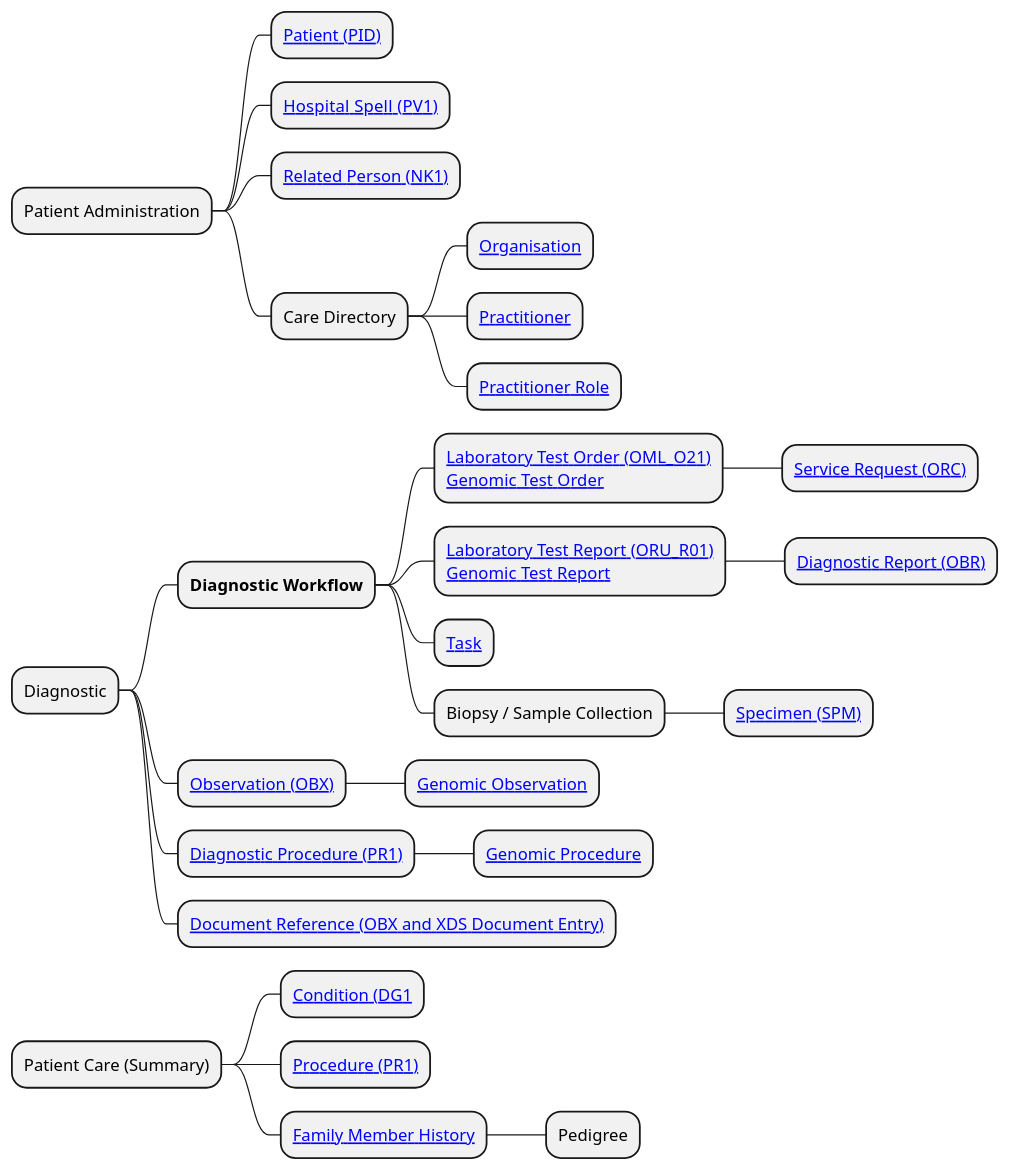
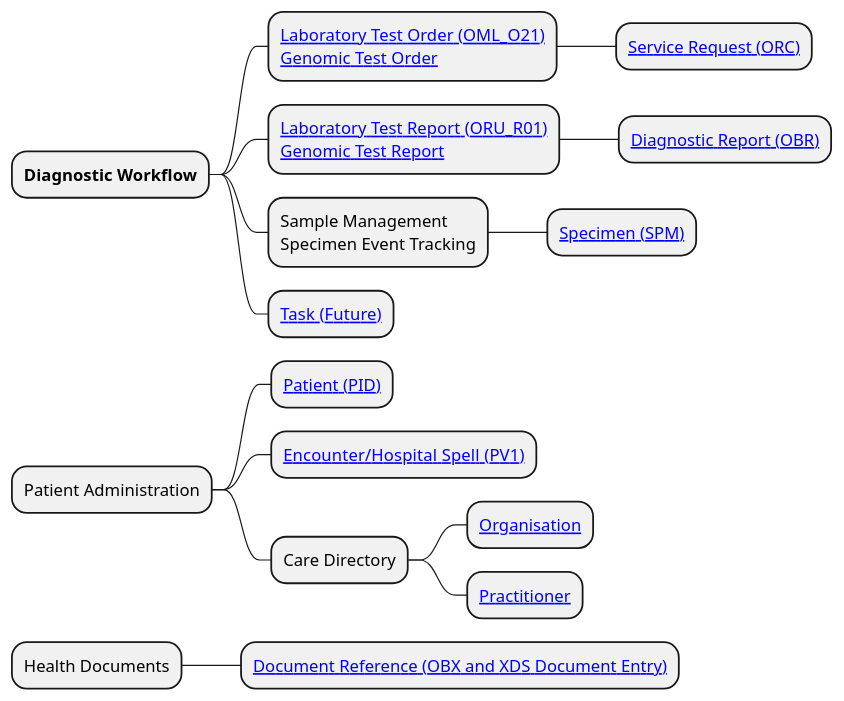
The diagram in input/images-source/Diagnostic-Workflow-mindmap.plantuml (uk-gov-mirror/nw-gmsa.nw-gmsa.github.com), drawn with PlantUML before and after one commit. The commit also changed 4 other files, not shown here.

```diff
--- a/input/images-source/Diagnostic-Workflow-mindmap.plantuml
+++ b/input/images-source/Diagnostic-Workflow-mindmap.plantuml
@@ -1,31 +1,21 @@
 @startmindmap
 
+
+*  <b>Diagnostic Workflow</b>
+** [[Questionnaire-GenomicTestOrder.html Laboratory Test Order (OML_O21)\nGenomic Test Order]]
+*** [[StructureDefinition-ServiceRequest.html Service Request (ORC)]]
+** [[Questionnaire-GenomicTestReport.html Laboratory Test Report (ORU_R01)\nGenomic Test Report]]
+*** [[StructureDefinition-DiagnosticReport.html Diagnostic Report (OBR)]]
+** Sample Management\nSpecimen Event Tracking
+*** [[StructureDefinition-Specimen Specimen (SPM)]]
+** [[StructureDefinition-Task.html Task (Future)]]
 * Patient Administration
 ** [[StructureDefinition-Patient.html Patient (PID)]]
-** [[StructureDefinition-HospitalSpell.html Hospital Spell  (PV1)]]
-** [[StructureDefinition-RelatedPerson.html Related Person (NK1)]]
+** [[StructureDefinition-HospitalSpell.html Encounter/Hospital Spell  (PV1)]]
 ** Care Directory
 *** [[StructureDefinition-Organization.html Organisation]]
 *** [[StructureDefinition-Practitioner.html Practitioner]]
-*** [[StructureDefinition-PractitionerRole.html Practitioner Role]]
-* Diagnostic
-**  <b>Diagnostic Workflow</b>
-*** [[Questionnaire-GenomicTestOrder.html Laboratory Test Order (OML_O21)\nGenomic Test Order]]
-**** [[StructureDefinition-ServiceRequest.html Service Request (ORC)]]
-*** [[Questionnaire-GenomicTestReport.html Laboratory Test Report (ORU_R01)\nGenomic Test Report]]
-**** [[StructureDefinition-DiagnosticReport.html Diagnostic Report (OBR)]]
-*** [[StructureDefinition-Task.html Task]]
-*** Biopsy / Sample Collection
-**** [[StructureDefinition-Specimen Specimen (SPM)]]
-** [[StructureDefinition-Observation.html Observation (OBX)]]
-*** [[#genomic-observation Genomic Observation]]
-** [[StructureDefinition-Procedure.html Diagnostic Procedure (PR1)]]
-*** [[#genomic-procedure Genomic Procedure]]
+* Health Documents
 ** [[StructureDefinition-DocumentReference.html Document Reference (OBX and XDS Document Entry)]]
-* Patient Care (Summary)
-** [[StructureDefinition-Encounter.html Condition (DG1]]
-** [[StructureDefinition-Procedure.html Procedure (PR1)]]
-** [[StructureDefinition-FamilyMemberHistory.html Family Member History]]
-*** Pedigree
 
 @endmindmap
```
